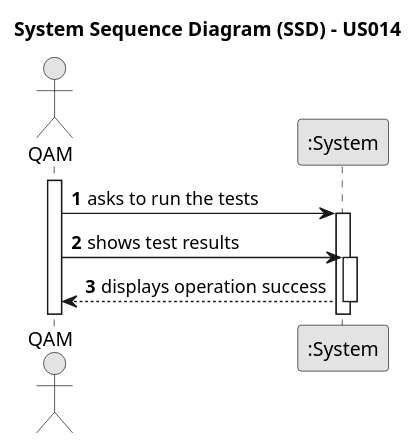
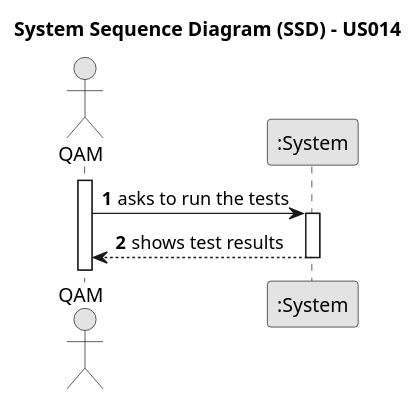
The diagram in docs/sprintB/us014/01.requirements-engineering/puml/us014-system-sequence-diagram-alternative-one.puml (ricardomm7/leaflink), drawn with PlantUML before and after one commit. The commit also changed 3 other files, not shown here.

```diff
--- a/docs/sprintB/us014/01.requirements-engineering/puml/us014-system-sequence-diagram-alternative-one.puml
+++ b/docs/sprintB/us014/01.requirements-engineering/puml/us014-system-sequence-diagram-alternative-one.puml
@@ -1,24 +1,21 @@
 @startuml
 skinparam monochrome true
 skinparam packageStyle rectangle
 skinparam shadowing false
 
 title System Sequence Diagram (SSD) - US014
 
 autonumber
 
 actor "QAM" as QAM
 participant ":System" as System
 
 activate QAM
 
     QAM -> System : asks to run the tests
     activate System
 
-    QAM -> System : shows test results
-    activate System
-
-        System --> QAM : displays operation success
+        System --> QAM : shows test results
     deactivate System
 
 @enduml
```
